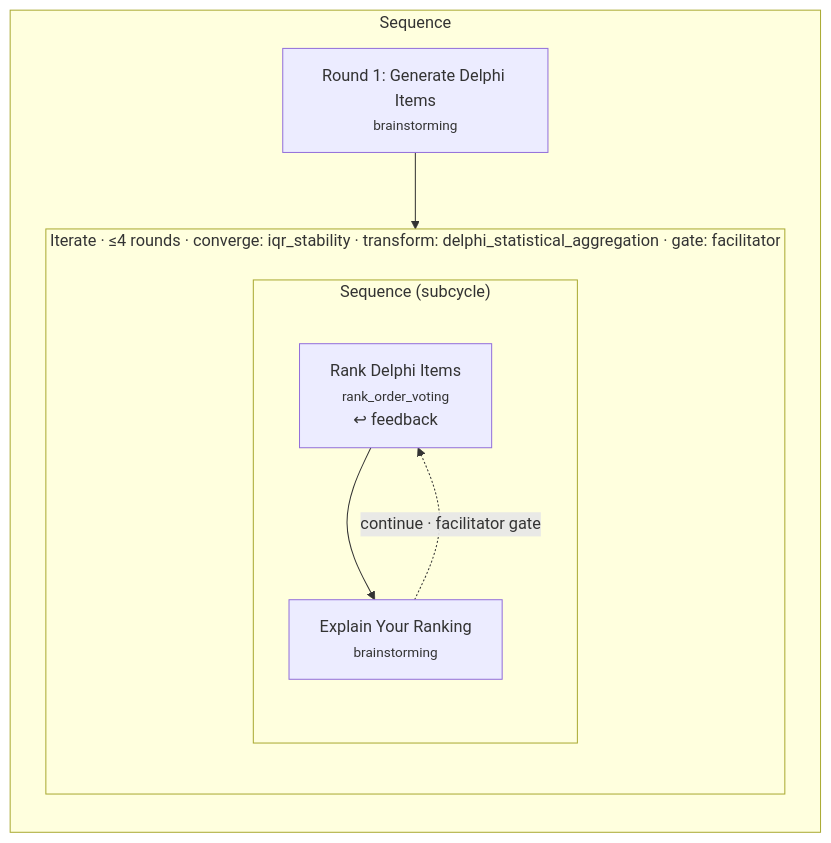
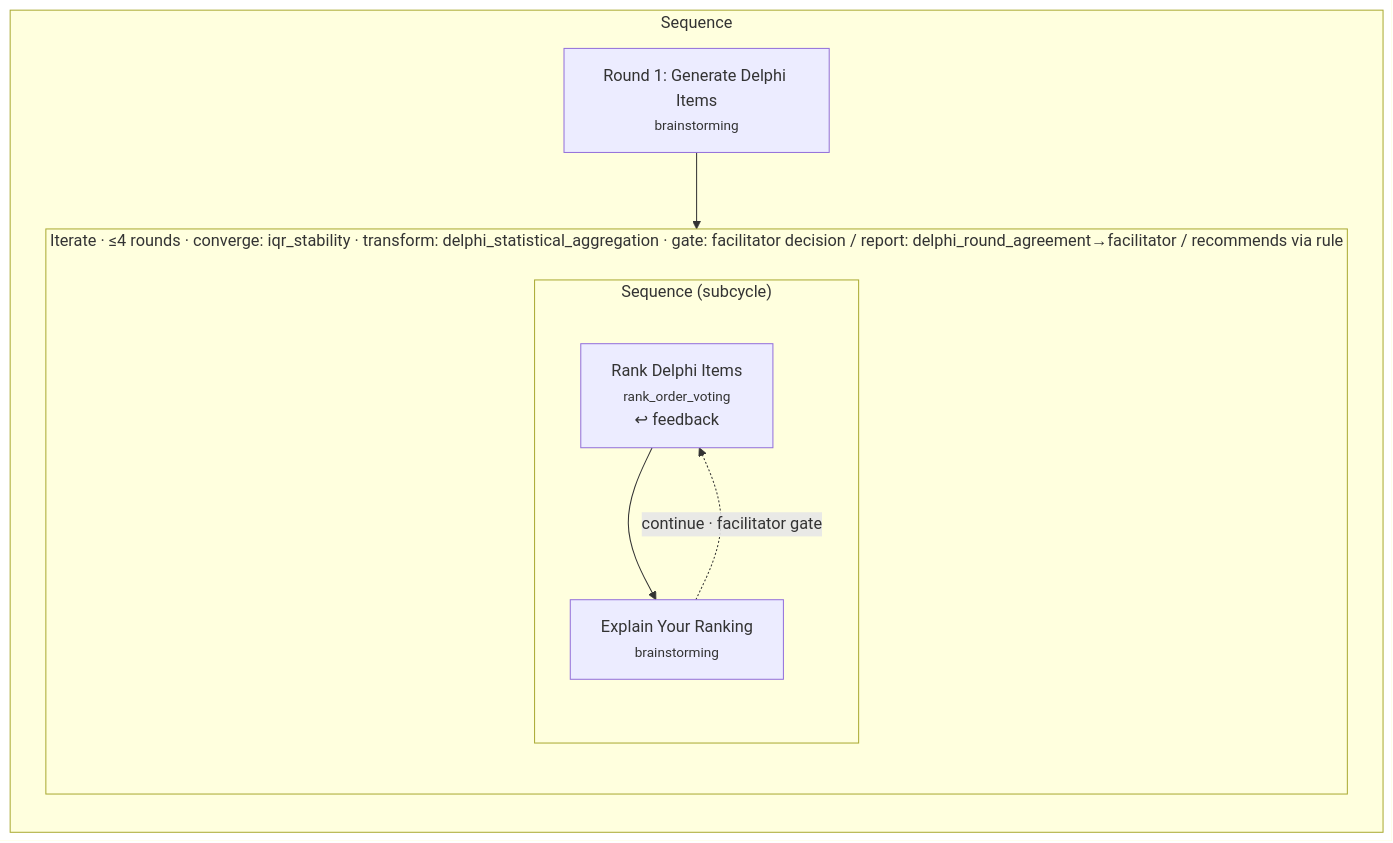
The diagram in docs/figures/README.md (JohnKruse/decidero_gdss_public), drawn with Mermaid before and after one commit. The commit also changed 4 other files, not shown here.

First line of the commit message:
Diagram exporter: surface gate report + recommender; regenerate figures (L)

````diff
--- a/docs/figures/README.md
+++ b/docs/figures/README.md
@@ -30,19 +30,19 @@
 ```mermaid
 flowchart TD
     subgraph c0["Sequence"]
         direction TB
         n0_0["Round 1: Generate Delphi Items<br/><small>brainstorming</small>"]
-        subgraph c0_1["Iterate · ≤4 rounds · converge: iqr_stability · transform: delphi_statistical_aggregation · gate: facilitator"]
+        subgraph c0_1["Iterate · ≤4 rounds · converge: iqr_stability · transform: delphi_statistical_aggregation · gate: facilitator decision / report: delphi_round_agreement→facilitator / recommends via rule"]
             direction TB
             subgraph c0_1_0["Sequence (subcycle)"]
                 direction TB
                 n0_1_0_0["Rank Delphi Items<br/><small>rank_order_voting</small><br/>↩ feedback"]
                 n0_1_0_1["Explain Your Ranking<br/><small>brainstorming</small>"]
             end
         end
     end
 
     n0_1_0_0 --> n0_1_0_1
     n0_1_0_1 -. "continue · facilitator gate" .-> n0_1_0_0
     n0_0 --> n0_1_0_0
 ```
````
